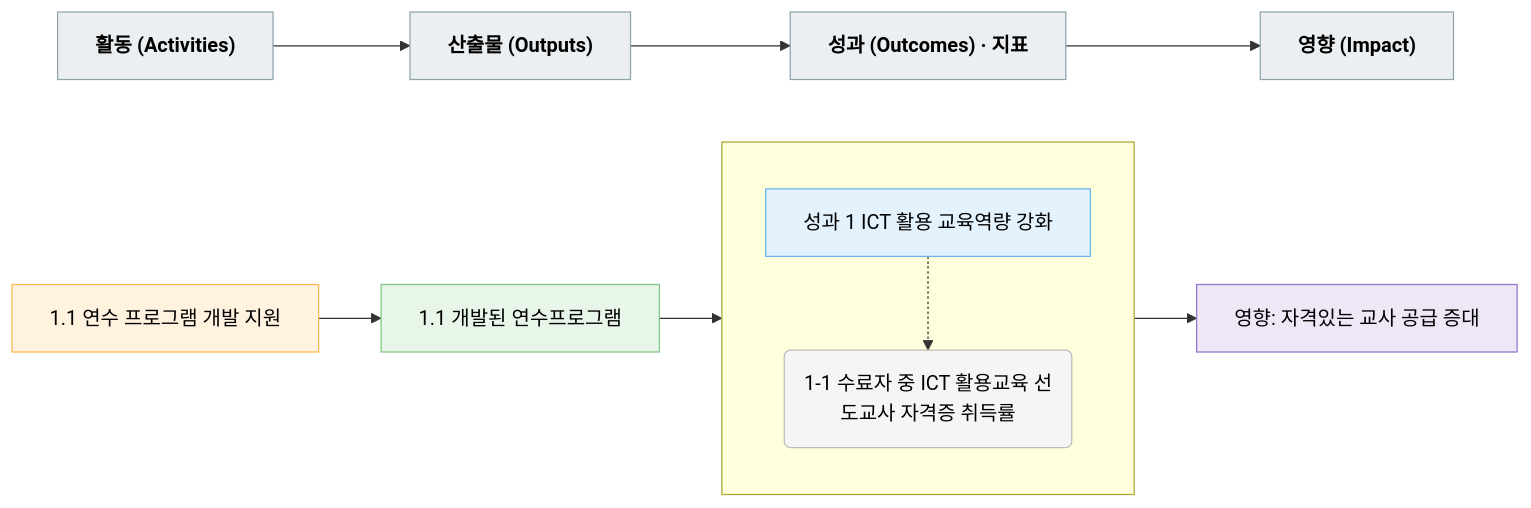
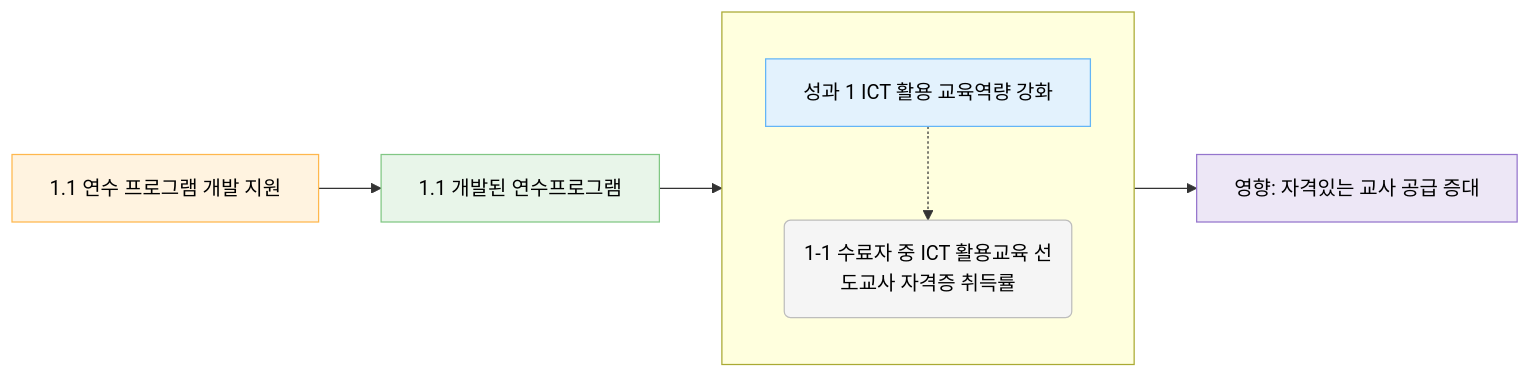
The diagram in skills/theory-of-change-agent/benchmark/render/good/toc.md (IMPACT-SQUARE/theory-of-change-agent), drawn with Mermaid before and after one commit. The commit also changed 2 other files, not shown here.

Commit message:
Complete the lvl-chain removal 1823ec6 described (partial apply again)
1823ec6's first edit landed but a failed anchor skipped the rest: the
skeleton still showed the banned lvl chain, R04 still required it, and
the good fixture kept it. Now: skeleton lines removed, R04 flipped
(md line required AND :::lvl banned), fixture cleaned. Benchmark 54/54
with the flipped rule; gate PASS; zip rebuilt consistent.

````diff
--- a/skills/theory-of-change-agent/benchmark/render/good/toc.md
+++ b/skills/theory-of-change-agent/benchmark/render/good/toc.md
@@ -7,20 +7,18 @@
 ```mermaid
 %%{init: {"themeVariables": {"fontSize": "16px"}}}%%
 flowchart LR
-  classDef lvl fill:#eceff1,stroke:#90a4ae,color:#000,font-weight:bold;
   classDef act fill:#fff3e0,stroke:#ffb74d,color:#000;
   classDef out fill:#e8f5e9,stroke:#81c784,color:#000;
   classDef outcome fill:#e3f2fd,stroke:#64b5f6,color:#000;
   classDef ind fill:#f5f5f5,stroke:#bdbdbd,color:#000;
   classDef impact fill:#ede7f6,stroke:#9575cd,color:#000;
-  lv1["활동 (Activities)"]:::lvl --> lv2["산출물 (Outputs)"]:::lvl --> lv3["성과 (Outcomes) · 지표"]:::lvl --> lv4["영향 (Impact)"]:::lvl
   act_1["1.1 연수 프로그램 개발 지원"]:::act --> op_1["1.1 개발된 연수프로그램"]:::out
   subgraph oc_g1 [" "]
     direction TB
     oc_1["성과 1 ICT 활용 교육역량 강화"]:::outcome
     ind_oc_1_1("1-1 수료자 중 ICT 활용교육 선도교사 자격증 취득률"):::ind
     oc_1 -.-> ind_oc_1_1
   end
   op_1 --> oc_1
   oc_1 --> imp_1["영향: 자격있는 교사 공급 증대"]:::impact
 ```
````
